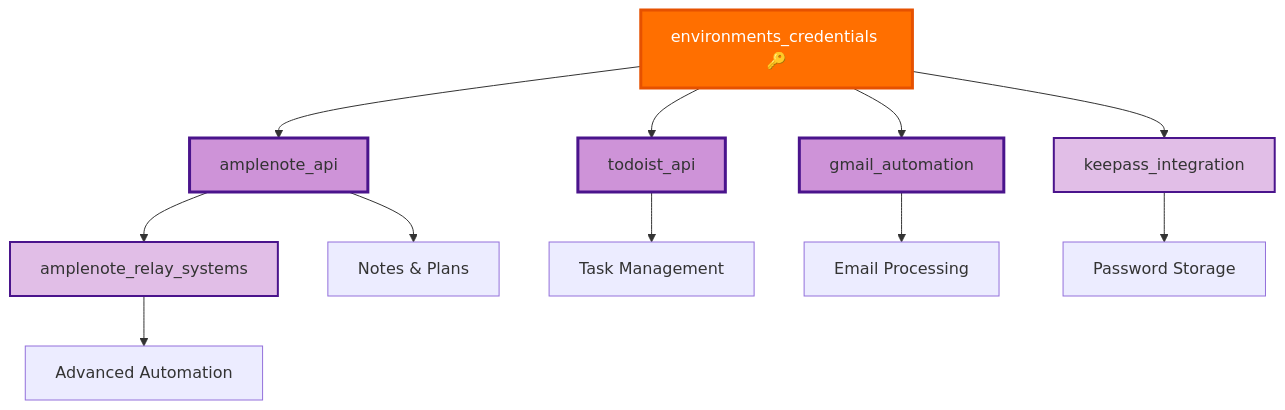
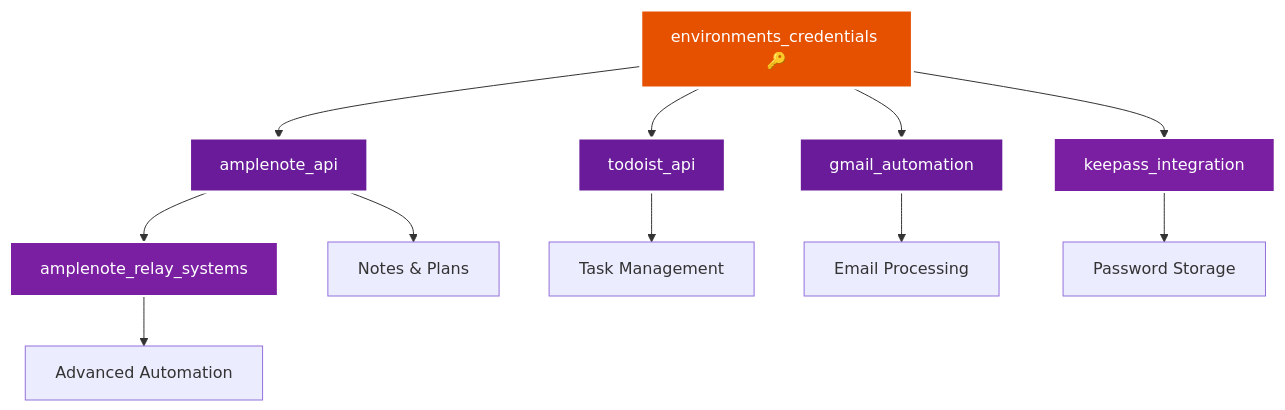
One commit to adourish/skills changed the third of 6 diagrams in README.md. Above: the diagram before and after it, drawn with Mermaid. The commit also changed other lines of this file and 5 other files, not shown here.

````diff
--- a/README.md
+++ b/README.md
@@ -200,22 +574,22 @@
 ```mermaid
 graph TB
     EC[environments_credentials 🔑] --> AMP[amplenote_api]
     EC --> TODO[todoist_api]
     EC --> GMAIL[gmail_automation]
     EC --> KEEP[keepass_integration]
     
     AMP --> RELAY[amplenote_relay_systems]
     
     AMP --> NOTES[Notes & Plans]
     TODO --> TASKS[Task Management]
     GMAIL --> EMAIL[Email Processing]
     KEEP --> PASS[Password Storage]
     RELAY --> AUTO[Advanced Automation]
     
-    style EC fill:#ff6f00,stroke:#e65100,stroke-width:3px,color:#fff
-    style AMP fill:#ce93d8,stroke:#4a148c,stroke-width:3px
-    style TODO fill:#ce93d8,stroke:#4a148c,stroke-width:3px
-    style GMAIL fill:#ce93d8,stroke:#4a148c,stroke-width:3px
-    style KEEP fill:#e1bee7,stroke:#4a148c,stroke-width:2px
-    style RELAY fill:#e1bee7,stroke:#4a148c,stroke-width:2px
+    style EC fill:#e65100,stroke:#ffffff,stroke-width:3px,color:#ffffff
+    style AMP fill:#6a1b9a,stroke:#ffffff,stroke-width:3px,color:#ffffff
+    style TODO fill:#6a1b9a,stroke:#ffffff,stroke-width:3px,color:#ffffff
+    style GMAIL fill:#6a1b9a,stroke:#ffffff,stroke-width:3px,color:#ffffff
+    style KEEP fill:#7b1fa2,stroke:#ffffff,stroke-width:2px,color:#ffffff
+    style RELAY fill:#7b1fa2,stroke:#ffffff,stroke-width:2px,color:#ffffff
 ```
````
